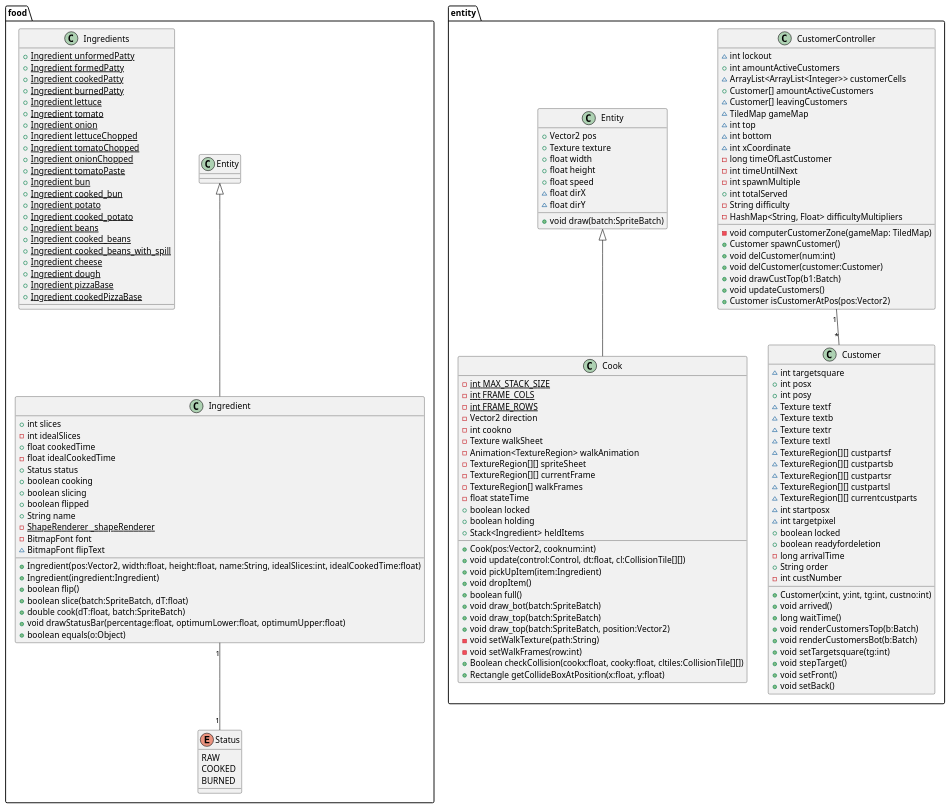
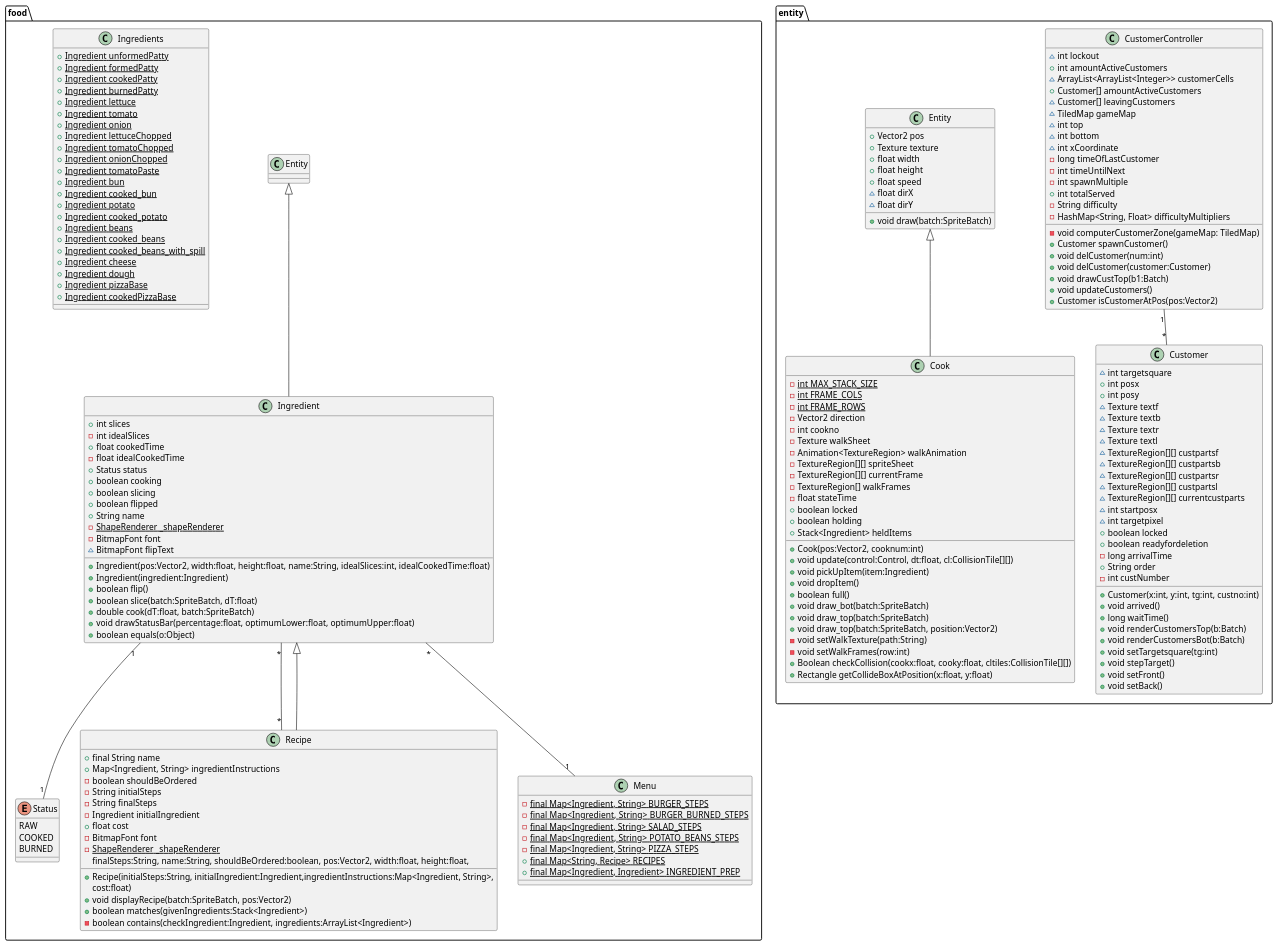
The diagram in UMLDiagrams/food_and_entity_packages.puml (decassociation/project_eng1_team3), drawn with PlantUML before and after one commit.

Commit message:
Finished food_and_entity_packages.puml (completed the 'food' and 'entity' packages).

```diff
--- a/UMLDiagrams/food_and_entity_packages.puml
+++ b/UMLDiagrams/food_and_entity_packages.puml
@@ -1,164 +1,194 @@
 @startuml
 'https://plantuml.com/class-diagram
 
 package "food"{
 
 Ingredient "1" -- "1" Status
+Ingredient "*" -- "*" Recipe
+Ingredient "*" -- "1" Menu
 
 class Ingredient extends Entity{
 +int slices
 -int idealSlices
 +float cookedTime
 -float idealCookedTime
 +Status status
 +boolean cooking
 +boolean slicing
 +boolean flipped
 +String name
 -{static} ShapeRenderer _shapeRenderer
 -BitmapFont font
 ~BitmapFont flipText
 +Ingredient(pos:Vector2, width:float, height:float, name:String, idealSlices:int, idealCookedTime:float)
 +Ingredient(ingredient:Ingredient)
 +boolean flip()
 +boolean slice(batch:SpriteBatch, dT:float)
 +double cook(dT:float, batch:SpriteBatch)
 +void drawStatusBar(percentage:float, optimumLower:float, optimumUpper:float)
 +boolean equals(o:Object)
 }
 
 enum Status{
 RAW
 COOKED
 BURNED
 }
 
 class Ingredients{
 +{static} Ingredient unformedPatty
 +{static} Ingredient formedPatty
 +{static} Ingredient cookedPatty
 +{static} Ingredient burnedPatty
 +{static} Ingredient lettuce
 +{static} Ingredient tomato
 +{static} Ingredient onion
 +{static} Ingredient lettuceChopped
 +{static} Ingredient tomatoChopped
 +{static} Ingredient onionChopped
 +{static} Ingredient tomatoPaste
 +{static} Ingredient bun
 +{static} Ingredient cooked_bun
 +{static} Ingredient potato
 +{static} Ingredient cooked_potato
 +{static} Ingredient beans
 +{static} Ingredient cooked_beans
 +{static} Ingredient cooked_beans_with_spill
 +{static} Ingredient cheese
 +{static} Ingredient dough
 +{static} Ingredient pizzaBase
 +{static} Ingredient cookedPizzaBase
+}
+
+class Menu{
+-{static} final Map<Ingredient, String> BURGER_STEPS
+-{static} final Map<Ingredient, String>  BURGER_BURNED_STEPS
+-{static} final Map<Ingredient, String> SALAD_STEPS
+-{static} final Map<Ingredient, String> POTATO_BEANS_STEPS
+-{static} final Map<Ingredient, String> PIZZA_STEPS
++{static} final Map<String, Recipe> RECIPES
++{static} final Map<Ingredient, Ingredient> INGREDIENT_PREP
+}
+
+class Recipe extends Ingredient{
++final String name
++Map<Ingredient, String> ingredientInstructions
+-boolean shouldBeOrdered
+-String initialSteps
+-String finalSteps
+-Ingredient initialIngredient
++float cost
+-BitmapFont font
+-{static} ShapeRenderer _shapeRenderer
++Recipe(initialSteps:String, initialIngredient:Ingredient,ingredientInstructions:Map<Ingredient, String>,
+ 			finalSteps:String, name:String, shouldBeOrdered:boolean, pos:Vector2, width:float, height:float,
+ 			cost:float)
++void displayRecipe(batch:SpriteBatch, pos:Vector2)
++boolean matches(givenIngredients:Stack<Ingredient>)
+-boolean contains(checkIngredient:Ingredient, ingredients:ArrayList<Ingredient>)
 }
 
 }
 
 package "entity"{
 
 CustomerController "1" -- "*" Customer
 
 class Cook extends Entity{
 -{static} int MAX_STACK_SIZE
 -{static} int FRAME_COLS
 -{static} int FRAME_ROWS
 -Vector2 direction
 -int cookno
 -Texture walkSheet
 -Animation<TextureRegion> walkAnimation
 -TextureRegion[][] spriteSheet
 -TextureRegion[][] currentFrame
 -TextureRegion[] walkFrames
 -float stateTime
 +boolean locked
 +boolean holding
 +Stack<Ingredient> heldItems
 +Cook(pos:Vector2, cooknum:int)
 +void update(control:Control, dt:float, cl:CollisionTile[][])
 +void pickUpItem(item:Ingredient)
 +void dropItem()
 +boolean full()
 +void draw_bot(batch:SpriteBatch)
 +void draw_top(batch:SpriteBatch)
 +void draw_top(batch:SpriteBatch, position:Vector2)
 -void setWalkTexture(path:String)
 -void setWalkFrames(row:int)
 +Boolean checkCollision(cookx:float, cooky:float, cltiles:CollisionTile[][])
 +Rectangle getCollideBoxAtPosition(x:float, y:float)
 }
 
 class Customer{
 ~int targetsquare
 +int posx
 +int posy
 ~Texture textf
 ~Texture textb
 ~Texture textr
 ~Texture textl
 ~TextureRegion[][] custpartsf
 ~TextureRegion[][] custpartsb
 ~TextureRegion[][] custpartsr
 ~TextureRegion[][] custpartsl
 ~TextureRegion[][] currentcustparts
 ~int startposx
 ~int targetpixel
 +boolean locked
 +boolean readyfordeletion
 -long arrivalTime
 +String order
 -int custNumber
 +Customer(x:int, y:int, tg:int, custno:int)
 +void arrived()
 +long waitTime()
 +void renderCustomersTop(b:Batch)
 +void renderCustomersBot(b:Batch)
 +void setTargetsquare(tg:int)
 +void stepTarget()
 +void setFront()
 +void setBack()
 }
 
 class CustomerController{
 ~int lockout
 +int amountActiveCustomers
 ~ArrayList<ArrayList<Integer>> customerCells
 +Customer[] amountActiveCustomers
 ~Customer[] leavingCustomers
 ~TiledMap gameMap
 ~int top
 ~int bottom
 ~int xCoordinate
 -long timeOfLastCustomer
 -int timeUntilNext
 -int spawnMultiple
 +int totalServed
 -String difficulty
 -HashMap<String, Float> difficultyMultipliers
 -void computerCustomerZone(gameMap: TiledMap)
 +Customer spawnCustomer()
 +void delCustomer(num:int)
 +void delCustomer(customer:Customer)
 +void drawCustTop(b1:Batch)
 +void updateCustomers()
 +Customer isCustomerAtPos(pos:Vector2)
 }
 
 class Entity{
 +Vector2 pos
 +Texture texture
 +float width
 +float height
 +float speed
 ~float dirX
 ~float dirY
 +void draw(batch:SpriteBatch)
 }
 
 }
 @enduml
```
